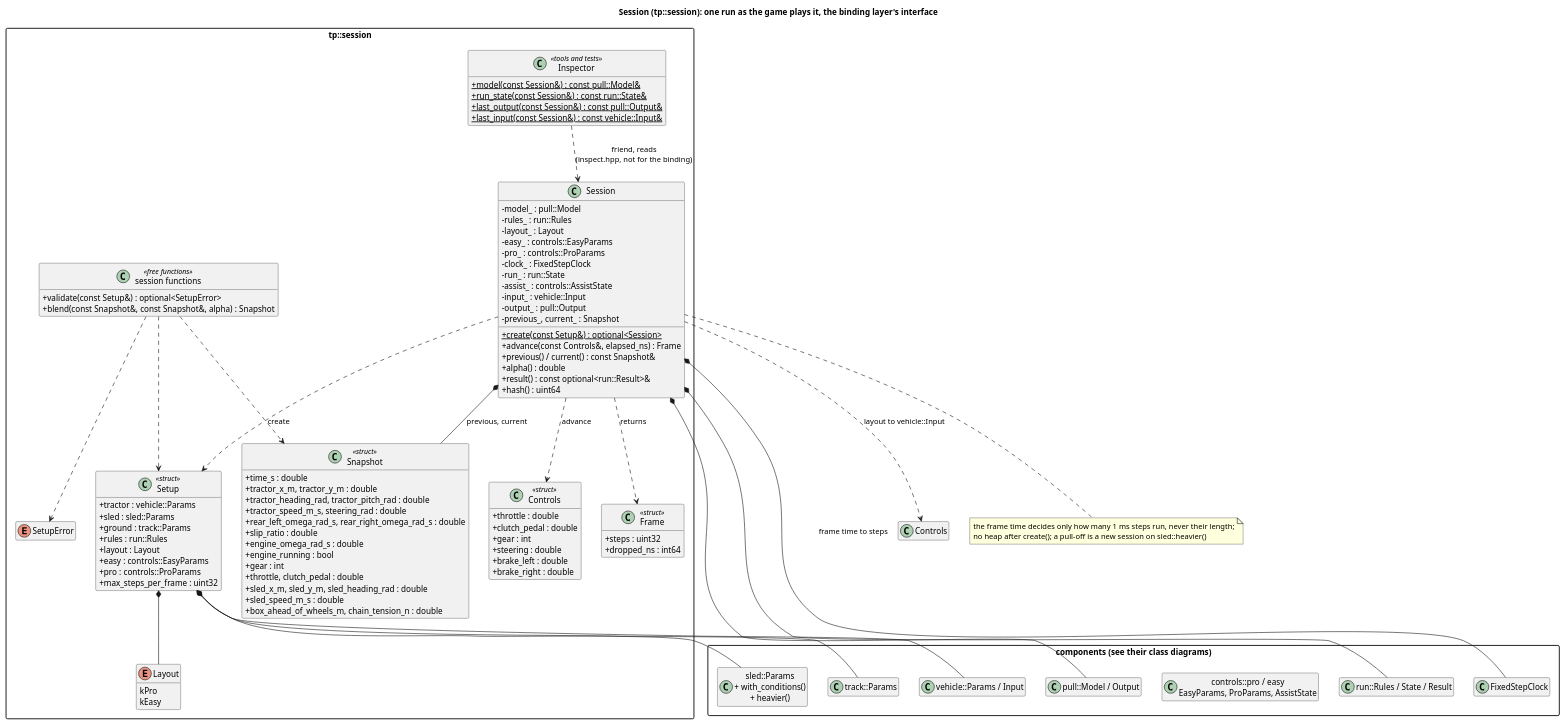
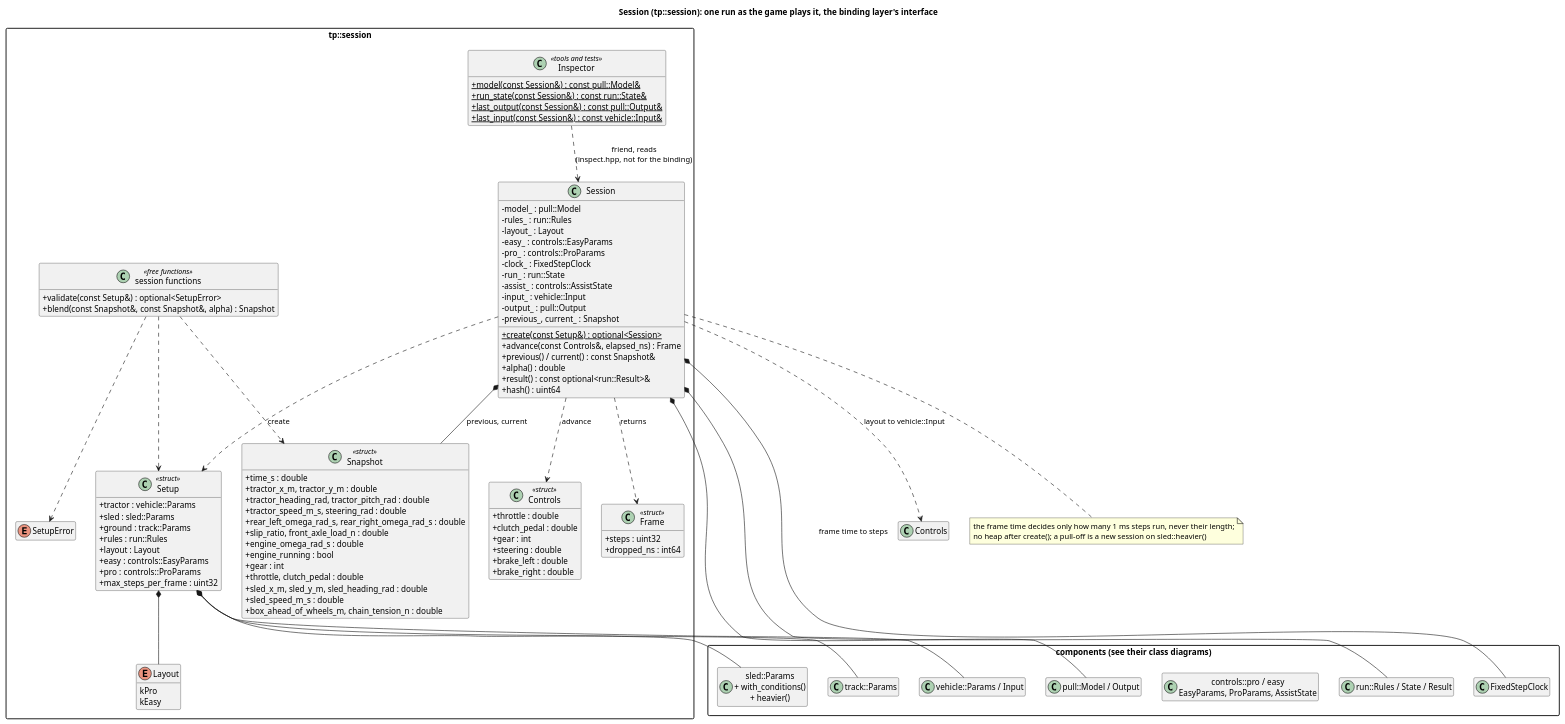
One commit to wversteeg/TractorPulling changed the diagram in docs/diagrams/session_classes.puml. Above: the diagram before and after it, drawn with PlantUML. The commit also changed 16 other files, not shown here.

First line of the commit message:
Wheel spin-up reacts on the body; the HUD shows the front's load

```diff
--- a/docs/diagrams/session_classes.puml
+++ b/docs/diagrams/session_classes.puml
@@ -1,110 +1,110 @@
 @startuml session_classes
 title Session (tp::session): one run as the game plays it, the binding layer's interface
 hide empty members
 skinparam packageStyle rectangle
 skinparam classAttributeIconSize 0
 
 package "components (see their class diagrams)" {
   class "pull::Model / Output" as Pull
   class "run::Rules / State / Result" as Run
   class "controls::pro / easy\nEasyParams, ProParams, AssistState" as Controls
   class "FixedStepClock" as Clock
   class "vehicle::Params / Input" as Vehicle
   class "sled::Params\n+ with_conditions()\n+ heavier()" as Sled
   class "track::Params" as Track
 }
 
 package "tp::session" {
   enum Layout {
     kPro
     kEasy
   }
   class Setup <<struct>> {
     +tractor : vehicle::Params
     +sled : sled::Params
     +ground : track::Params
     +rules : run::Rules
     +layout : Layout
     +easy : controls::EasyParams
     +pro : controls::ProParams
     +max_steps_per_frame : uint32
   }
   enum SetupError
   class Controls <<struct>> {
     +throttle : double
     +clutch_pedal : double
     +gear : int
     +steering : double
     +brake_left : double
     +brake_right : double
   }
   class Snapshot <<struct>> {
     +time_s : double
     +tractor_x_m, tractor_y_m : double
     +tractor_heading_rad, tractor_pitch_rad : double
     +tractor_speed_m_s, steering_rad : double
     +rear_left_omega_rad_s, rear_right_omega_rad_s : double
-    +slip_ratio : double
+    +slip_ratio, front_axle_load_n : double
     +engine_omega_rad_s : double
     +engine_running : bool
     +gear : int
     +throttle, clutch_pedal : double
     +sled_x_m, sled_y_m, sled_heading_rad : double
     +sled_speed_m_s : double
     +box_ahead_of_wheels_m, chain_tension_n : double
   }
   class Frame <<struct>> {
     +steps : uint32
     +dropped_ns : int64
   }
   class Session {
     -model_ : pull::Model
     -rules_ : run::Rules
     -layout_ : Layout
     -easy_ : controls::EasyParams
     -pro_ : controls::ProParams
     -clock_ : FixedStepClock
     -run_ : run::State
     -assist_ : controls::AssistState
     -input_ : vehicle::Input
     -output_ : pull::Output
     -previous_, current_ : Snapshot
     +{static} create(const Setup&) : optional<Session>
     +advance(const Controls&, elapsed_ns) : Frame
     +previous() / current() : const Snapshot&
     +alpha() : double
     +result() : const optional<run::Result>&
     +hash() : uint64
   }
   class Inspector <<tools and tests>> {
     +{static} model(const Session&) : const pull::Model&
     +{static} run_state(const Session&) : const run::State&
     +{static} last_output(const Session&) : const pull::Output&
     +{static} last_input(const Session&) : const vehicle::Input&
   }
   Inspector ..> Session : friend, reads\n(inspect.hpp, not for the binding)
   class "session functions" as SessionFns <<free functions>> {
     +validate(const Setup&) : optional<SetupError>
     +blend(const Snapshot&, const Snapshot&, alpha) : Snapshot
   }
   Setup *-- Layout
   Session ..> Setup : create
   Session ..> Controls : advance
   Session ..> Frame : returns
   Session *-- Snapshot : previous, current
   SessionFns ..> Setup
   SessionFns ..> SetupError
   SessionFns ..> Snapshot
 }
 Setup *-- Vehicle
 Setup *-- Sled
 Setup *-- Track
 Session *-- Pull
 Session *-- Run
 Session *-- Clock : frame time to steps
 Session ..> Controls : layout to vehicle::Input
 note bottom of Session
   the frame time decides only how many 1 ms steps run, never their length;
   no heap after create(); a pull-off is a new session on sled::heavier()
 end note
 @enduml
```
